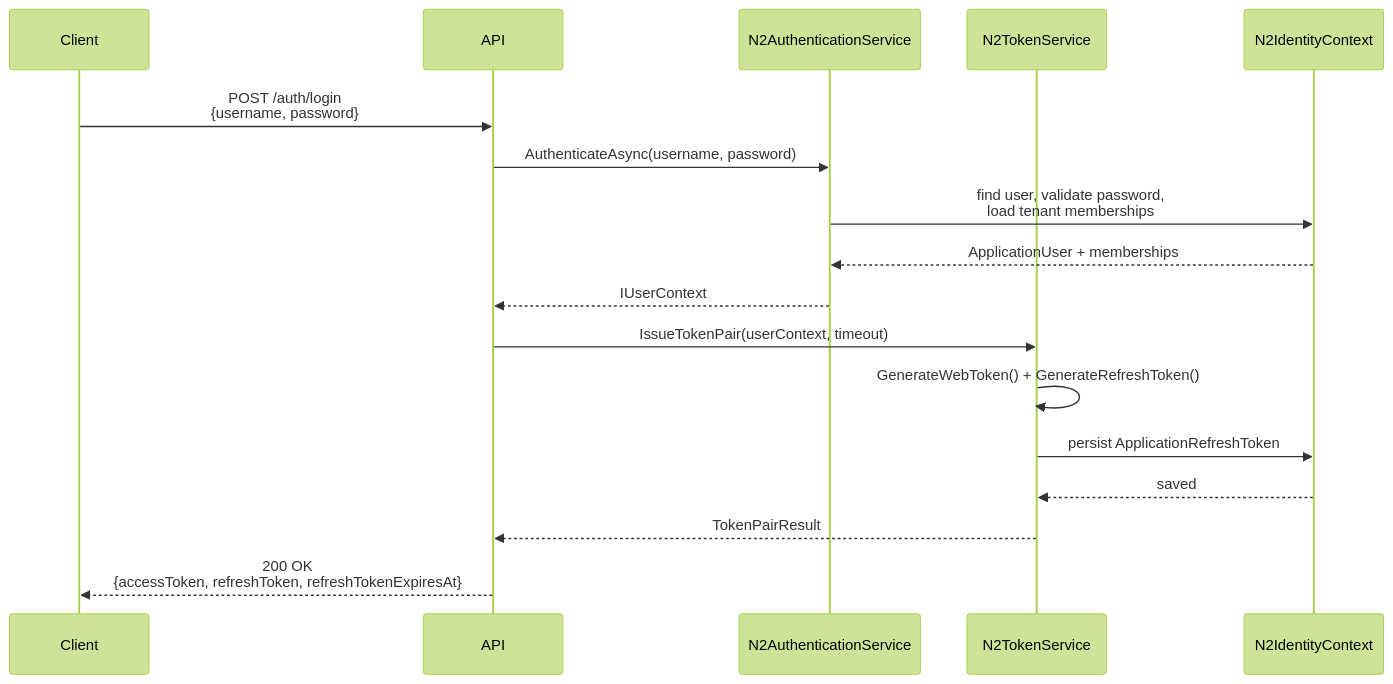
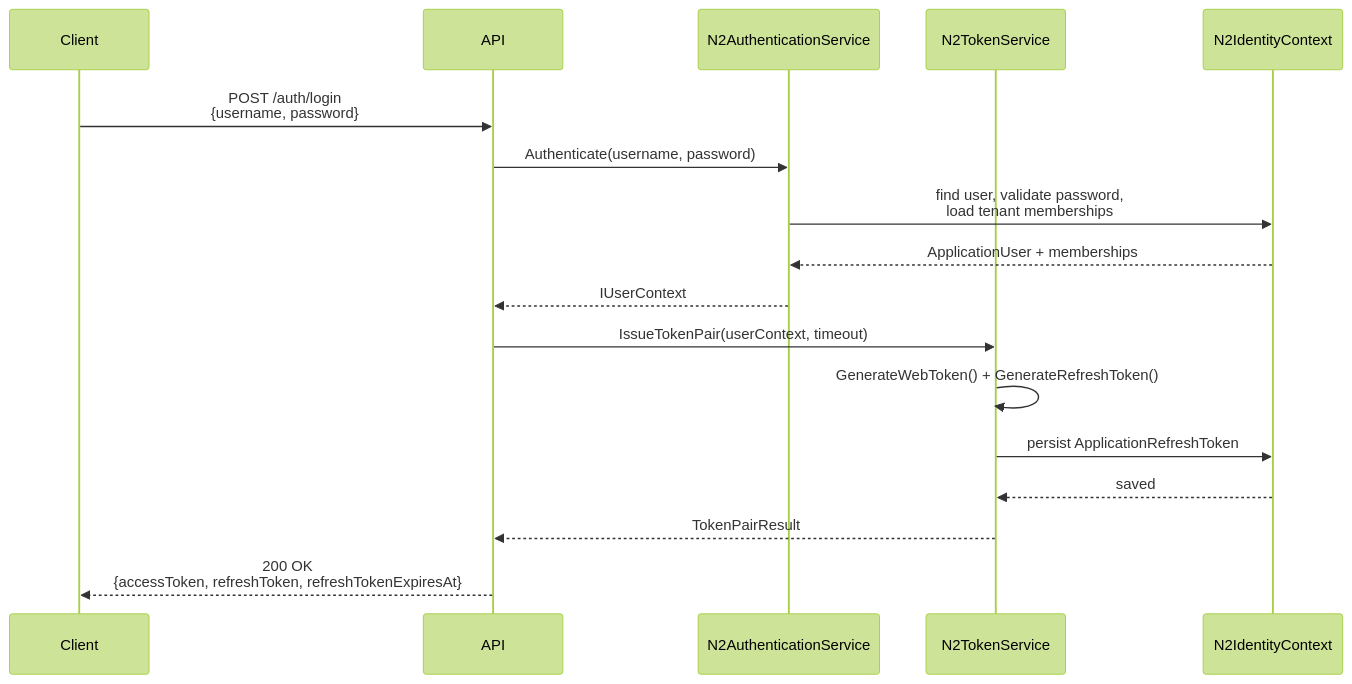
Before and after one commit to Kaalenco/n2-core-identity: the first of 4 diagrams in docs/authentication-flow.md, drawn with Mermaid (forest theme). The commit also changed other lines of this file and 66 other files, not shown here.

````diff
--- a/docs/authentication-flow.md
+++ b/docs/authentication-flow.md
@@ -24,20 +24,20 @@
 ```mermaid
 sequenceDiagram
     participant C as Client
     participant A as API
     participant Auth as N2AuthenticationService
     participant Token as N2TokenService
     participant DB as N2IdentityContext
 
     C->>A: POST /auth/login<br/>{username, password}
-    A->>Auth: AuthenticateAsync(username, password)
+    A->>Auth: Authenticate(username, password)
     Auth->>DB: find user, validate password,<br/>load tenant memberships
     DB-->>Auth: ApplicationUser + memberships
     Auth-->>A: IUserContext
     A->>Token: IssueTokenPair(userContext, timeout)
     Token->>Token: GenerateWebToken() + GenerateRefreshToken()
     Token->>DB: persist ApplicationRefreshToken
     DB-->>Token: saved
     Token-->>A: TokenPairResult
     A-->>C: 200 OK<br/>{accessToken, refreshToken, refreshTokenExpiresAt}
 ```
````
